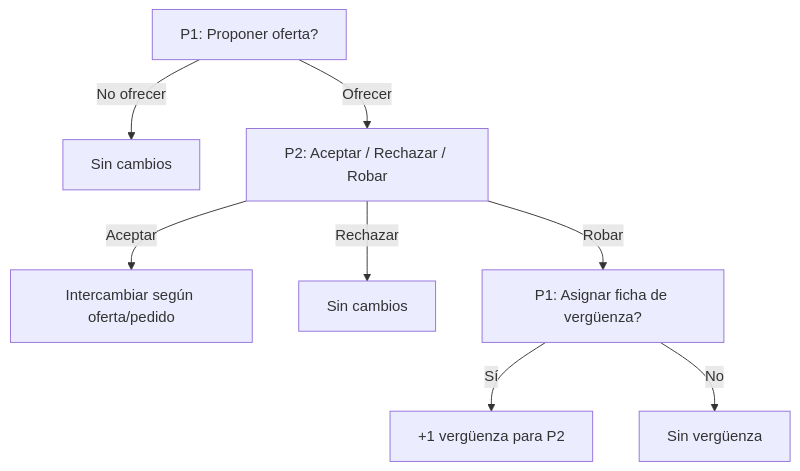
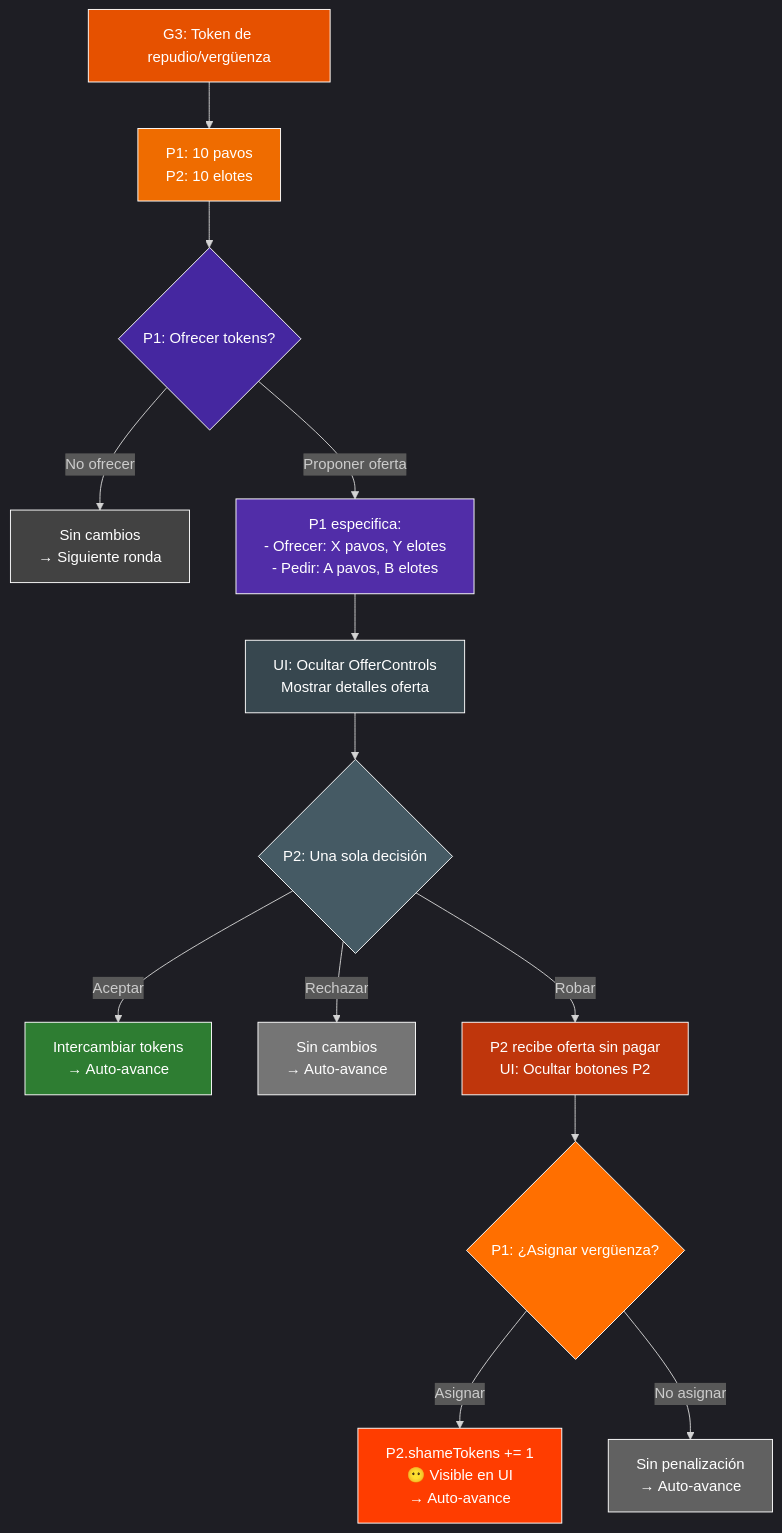
The seventh of 11 diagrams in game-design-mermaid.md (josedario87/snatchgame), drawn with Mermaid before and after one commit. The commit also changed other lines of this file and 8 other files, not shown here.

Commit message:
arreglados los mermaids

````diff
--- a/game-design-mermaid.md
+++ b/game-design-mermaid.md
@@ -169,11 +340,34 @@
 ```mermaid
 %% g3-shame-token.mmd
 flowchart TD
-  A3[P1: Proponer oferta?] -->|No ofrecer| O1[Sin cambios]
-  A3 -->|Ofrecer| B3[P2: Aceptar / Rechazar / Robar]
-  B3 -->|Aceptar| O2[Intercambiar según oferta/pedido]
-  B3 -->|Rechazar| O3[Sin cambios]
-  B3 -->|Robar| C3[P1: Asignar ficha de vergüenza?]
-  C3 -->|Sí| O4a[+1 vergüenza para P2]
-  C3 -->|No| O4b[Sin vergüenza]
+  Start[G3: Token de repudio/vergüenza] --> Init[P1: 10 pavos<br/>P2: 10 elotes]
+  Init --> A3{P1: Ofrecer tokens?}
+  A3 -->|No ofrecer| O1[Sin cambios<br/>→ Siguiente ronda]
+  A3 -->|Proponer oferta| B3[P1 especifica:<br/>- Ofrecer: X pavos, Y elotes<br/>- Pedir: A pavos, B elotes]
+  
+  B3 --> C3[UI: Ocultar OfferControls<br/>Mostrar detalles oferta]
+  C3 --> D3{P2: Una sola decisión}
+  
+  D3 -->|Aceptar| O2[Intercambiar tokens<br/>→ Auto-avance]
+  D3 -->|Rechazar| O3[Sin cambios<br/>→ Auto-avance]
+  D3 -->|Robar| E3[P2 recibe oferta sin pagar<br/>UI: Ocultar botones P2]
+  
+  E3 --> F3{P1: ¿Asignar vergüenza?}
+  F3 -->|Asignar| O4a[P2.shameTokens += 1<br/>😶 Visible en UI<br/>→ Auto-avance]
+  F3 -->|No asignar| O4b[Sin penalización<br/>→ Auto-avance]
+  
+  %%{init: {'theme':'dark'}}%%
+  style Start fill:#e65100,stroke:#fff,color:#fff
+  style Init fill:#ef6c00,stroke:#fff,color:#fff
+  style A3 fill:#4527a0,stroke:#fff,color:#fff
+  style B3 fill:#512da8,stroke:#fff,color:#fff
+  style C3 fill:#37474f,stroke:#fff,color:#fff
+  style D3 fill:#455a64,stroke:#fff,color:#fff
+  style E3 fill:#bf360c,stroke:#fff,color:#fff
+  style F3 fill:#ff6f00,stroke:#fff,color:#fff
+  style O1 fill:#424242,stroke:#fff,color:#fff
+  style O2 fill:#2e7d32,stroke:#fff,color:#fff
+  style O3 fill:#757575,stroke:#fff,color:#fff
+  style O4a fill:#ff3d00,stroke:#fff,color:#fff
+  style O4b fill:#616161,stroke:#fff,color:#fff
 ```
````
